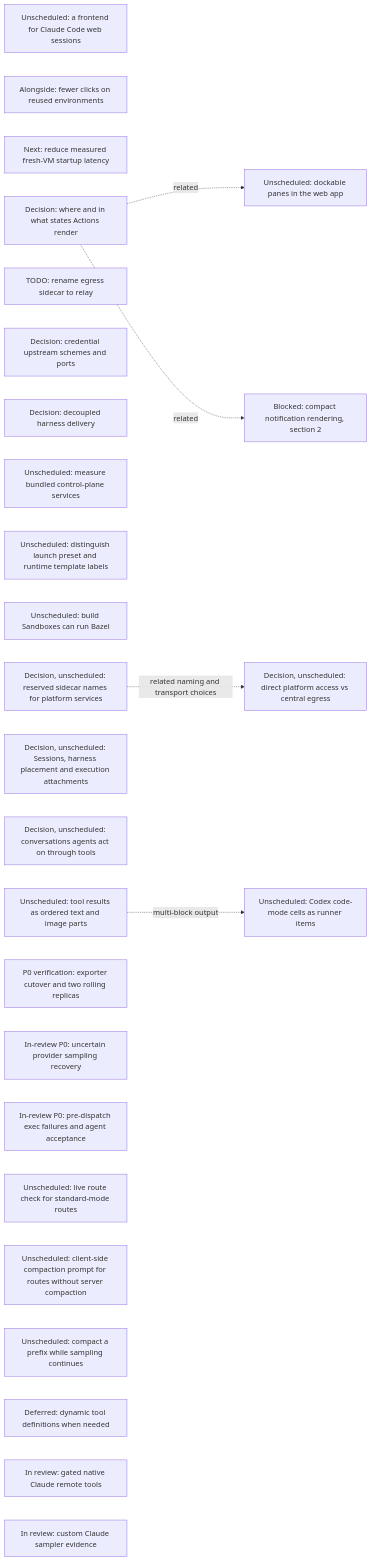
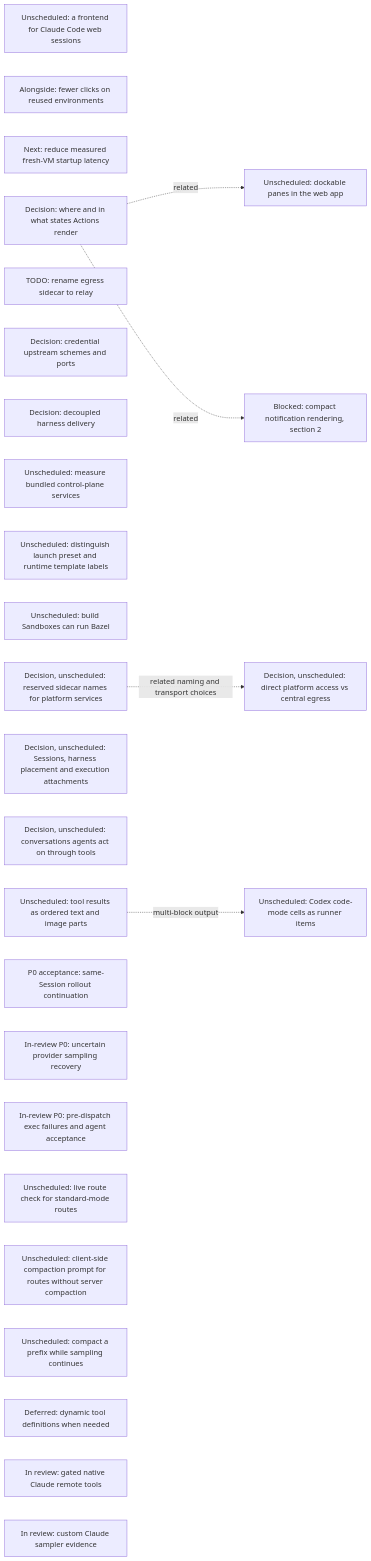
Before and after one commit to agentydragon/ducktape: the sixth of 18 diagrams in agentplane/plans/task_dag.md, drawn with Mermaid. The commit also changed other lines of this file and 1 other file, not shown here.

Commit message:
docs(agentplane): record reconciled sampler exporter cutover

````diff
--- a/agentplane/plans/task_dag.md
+++ b/agentplane/plans/task_dag.md
@@ -720,33 +720,33 @@
 ```mermaid
 flowchart LR
     CLAUDE_CODE_WEB_BRIDGE[Unscheduled: a frontend for Claude Code web sessions]
     SESSION_LAUNCH_FRICTION[Alongside: fewer clicks on reused environments]
     VM_STARTUP_LATENCY[Next: reduce measured fresh-VM startup latency]
     ACTION_SURFACES_DESIGN[Decision: where and in what states Actions render]
     EGRESS_RELAY_RENAME[TODO: rename egress sidecar to relay]
     EGRESS_CREDENTIAL_TRANSPORT_DESIGN[Decision: credential upstream schemes and ports]
     RUNNER_HARNESS_DELIVERY_DESIGN[Decision: decoupled harness delivery]
     K3S_BUNDLED_SERVICES_SPIKE[Unscheduled: measure bundled control-plane services]
     DOCKABLE_PANES[Unscheduled: dockable panes in the web app]
     ACTION_SURFACES_DESIGN -. related .-> DOCKABLE_PANES
     NOTIFICATION_PRESENTATION[Blocked: compact notification rendering, section 2]
     ACTION_SURFACES_DESIGN -. related .-> NOTIFICATION_PRESENTATION
     SANDBOX_FORM_TERMINOLOGY[Unscheduled: distinguish launch preset and runtime template labels]
     BUILD_BOX_BAZEL[Unscheduled: build Sandboxes can run Bazel]
     PLATFORM_SERVICE_NAMES_DESIGN[Decision, unscheduled: reserved sidecar names for platform services]
     PLATFORM_SERVICE_ROUTING_DESIGN[Decision, unscheduled: direct platform access vs central egress]
     PLATFORM_SERVICE_NAMES_DESIGN -. related naming and transport choices .-> PLATFORM_SERVICE_ROUTING_DESIGN
     SESSION_RUNTIME_MODEL_DESIGN[Decision, unscheduled: Sessions, harness placement and execution attachments]
     AGENT_AUTHORED_CONVERSATIONS_DESIGN[Decision, unscheduled: conversations agents act on through tools]
     STRUCTURED_TOOL_OUTPUT[Unscheduled: tool results as ordered text and image parts]
     STRUCTURED_TOOL_OUTPUT -. multi-block output .-> CODEX_CODE_MODE_CELLS[Unscheduled: Codex code-mode cells as runner items]
-    CENTRAL_SAMPLER_REPLICA_ROLLOUT[P0 verification: exporter cutover and two rolling replicas]
+    CENTRAL_SAMPLER_REPLICA_ROLLOUT[P0 acceptance: same-Session rollout continuation]
     CENTRAL_SAMPLER_SAMPLING_RECOVERY[In-review P0: uncertain provider sampling recovery]
     CENTRAL_SAMPLER_TOOL_RECOVERY[In-review P0: pre-dispatch exec failures and agent acceptance]
     CENTRAL_SAMPLER_MODEL_CAPABILITIES[Unscheduled: live route check for standard-mode routes]
     CENTRAL_SAMPLER_PROMPT_COMPACTION[Unscheduled: client-side compaction prompt for routes without server compaction]
     CENTRAL_SAMPLER_BACKGROUND_COMPACTION[Unscheduled: compact a prefix while sampling continues]
     CENTRAL_SAMPLER_DYNAMIC_TOOLS[Deferred: dynamic tool definitions when needed]
     CLAUDE_REMOTE_EXECUTION_SPIKE[In review: gated native Claude remote tools]
     CLAUDE_CUSTOM_SAMPLER[In review: custom Claude sampler evidence]
 ```
````
